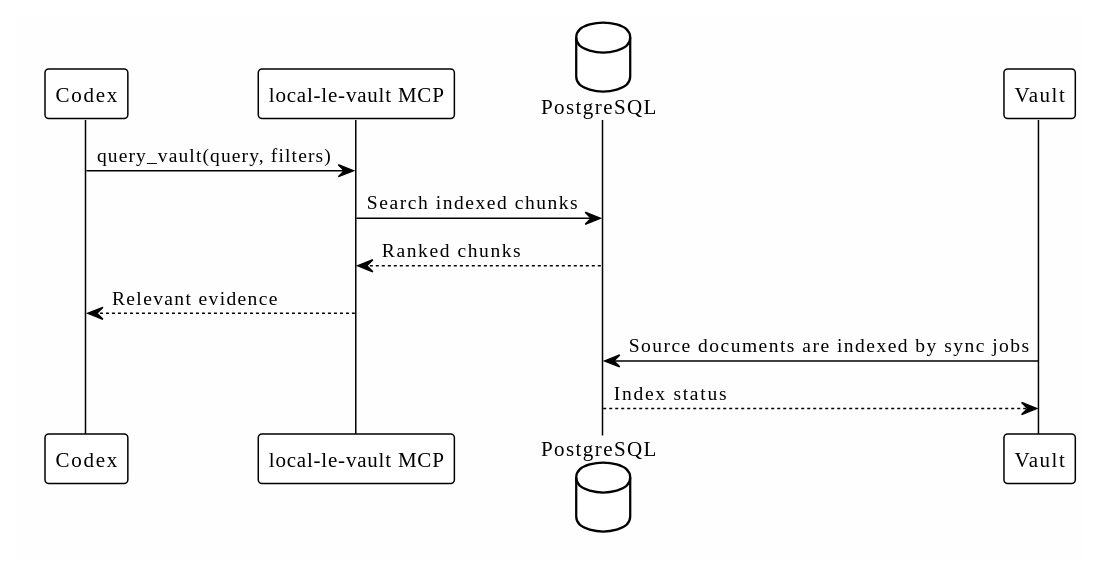
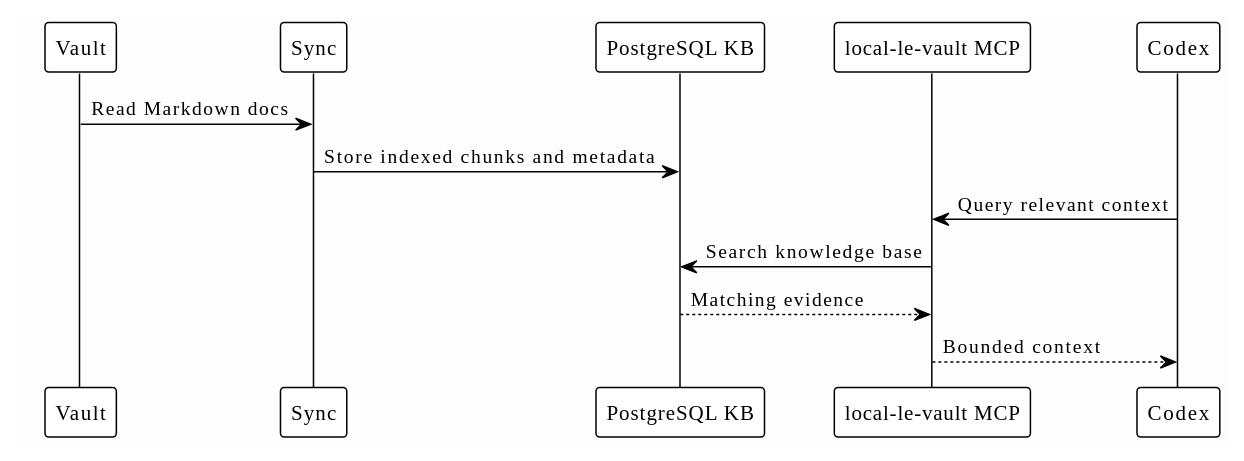
One commit to ivanhoinacki/codex-workflow-workbook changed the diagram in docs/12-local-knowledge-base.md. Above: the diagram before and after it, drawn with PlantUML. The commit also changed other lines of this file and 39 other files, not shown here.

````diff
--- a/docs/12-local-knowledge-base.md
+++ b/docs/12-local-knowledge-base.md
@@ -41,18 +28,19 @@
 ```plantuml
 @startuml
 !theme plain
 skinparam backgroundColor #FEFEFE
 
+participant Vault
+participant Sync
+participant "PostgreSQL KB" as DB
+participant "local-le-vault MCP" as MCP
 participant Codex
-participant "local-le-vault MCP" as MCP
-database PostgreSQL
-participant Vault
 
-Codex -> MCP: query_vault(query, filters)
-MCP -> PostgreSQL: Search indexed chunks
-PostgreSQL --> MCP: Ranked chunks
-MCP --> Codex: Relevant evidence
-Vault -> PostgreSQL: Source documents are indexed by sync jobs
-PostgreSQL --> Vault: Index status
+Vault -> Sync: Read Markdown docs
+Sync -> DB: Store indexed chunks and metadata
+Codex -> MCP: Query relevant context
+MCP -> DB: Search knowledge base
+DB --> MCP: Matching evidence
+MCP --> Codex: Bounded context
 @enduml
 ```
````
